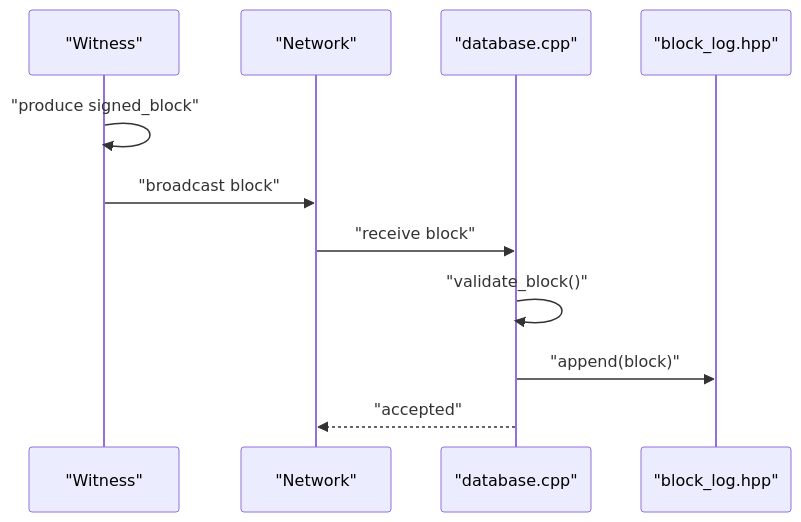
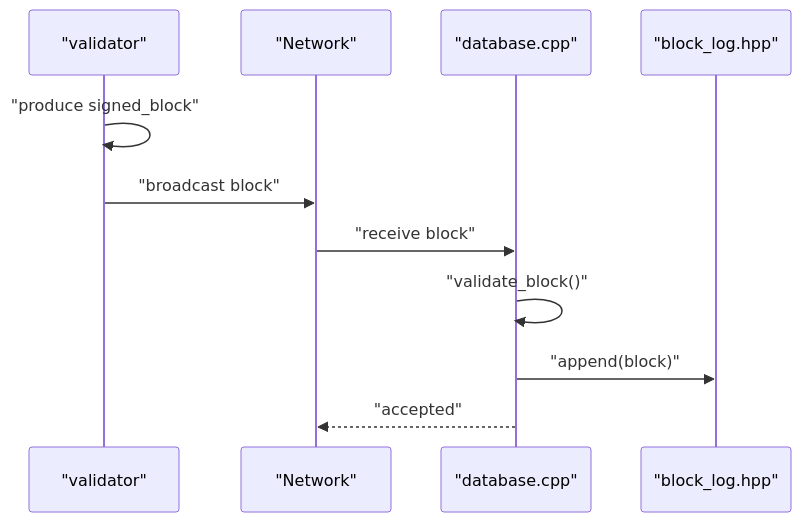
One commit to VIZ-Blockchain/viz-cpp-node changed the sixth of 9 diagrams in .qoder/repowiki/en/content/Architecture Overview/Core Libraries/Protocol Library/Block Structures.md. Above: the diagram before and after it, drawn with Mermaid. The commit also changed other lines of this file and 88 other files, not shown here.

First line of the commit message:
docs(validator): rename witness to validator throughout documentation

````diff
--- a/.qoder/repowiki/en/content/Architecture Overview/Core Libraries/Protocol Library/Block Structures.md
+++ b/.qoder/repowiki/en/content/Architecture Overview/Core Libraries/Protocol Library/Block Structures.md
@@ -247,13 +247,13 @@
 ```mermaid
 sequenceDiagram
-participant W as "Witness"
+participant W as "validator"
 participant Net as "Network"
 participant Node as "database.cpp"
 participant Log as "block_log.hpp"
 W->>W : "produce signed_block"
 W->>Net : "broadcast block"
 Net->>Node : "receive block"
 Node->>Node : "validate_block()"
 Node->>Log : "append(block)"
 Node-->>Net : "accepted"
 ```
````
